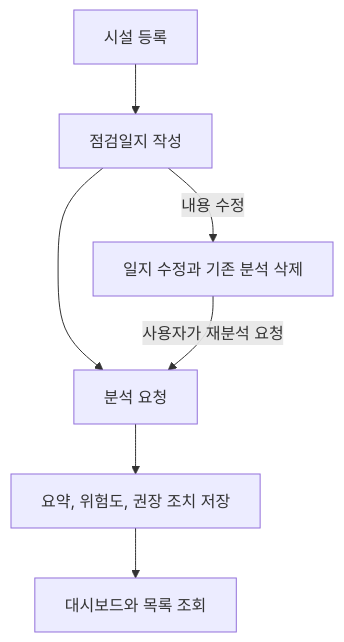
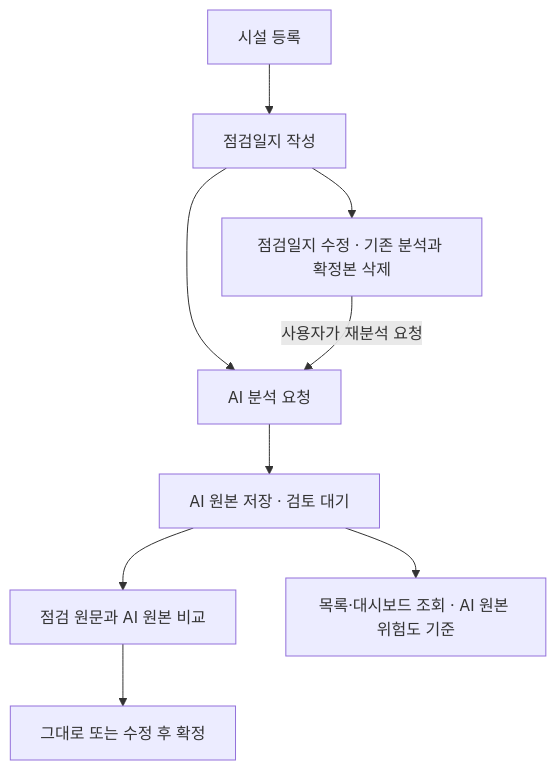
Before and after one commit to kjune922/WaterAPI: the diagram in README.md, drawn with Mermaid. The commit also changed other lines of this file and 3 other files, not shown here.

````diff
--- a/README.md
+++ b/README.md
@@ -9,9 +9,11 @@
 ```mermaid
 flowchart TD
     A["시설 등록"] --> B["점검일지 작성"]
-    B --> C["분석 요청"]
-    C --> D["요약, 위험도, 권장 조치 저장"]
-    D --> E["대시보드와 목록 조회"]
-    B -- "내용 수정" --> F["일지 수정과 기존 분석 삭제"]
-    F -- "사용자가 재분석 요청" --> C
+    B --> C["AI 분석 요청"]
+    C --> D["AI 원본 저장 · 검토 대기"]
+    D --> E["점검 원문과 AI 원본 비교"]
+    E --> F["그대로 또는 수정 후 확정"]
+    D --> G["목록·대시보드 조회 · AI 원본 위험도 기준"]
+    B --> H["점검일지 수정 · 기존 분석과 확정본 삭제"]
+    H -- "사용자가 재분석 요청" --> C
 ```
````
